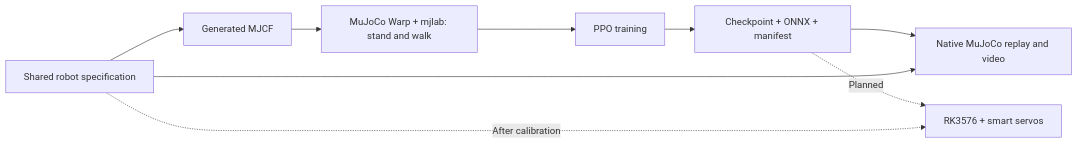
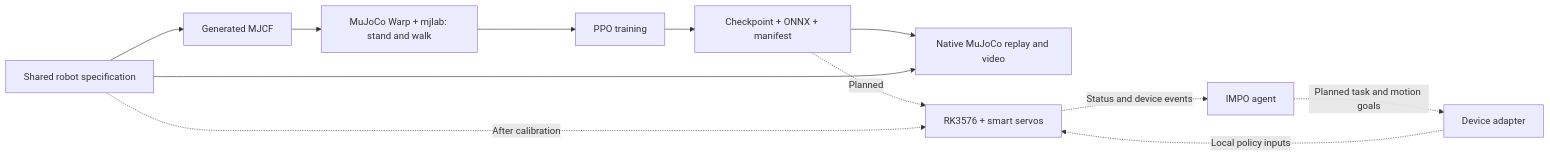
Before and after one commit to impoai/corgi-rl: the diagram in README.md, drawn with Mermaid. The commit also changed other lines of this file and 17 other files, not shown here.

Commit message:
Validate GPU smoke pipeline and document planned IMPO integration

````diff
--- a/README.md
+++ b/README.md
@@ -21,11 +38,14 @@
 ```mermaid
 flowchart LR
     S[Shared robot specification] --> M[Generated MJCF]
     M --> E[MuJoCo Warp + mjlab: stand and walk]
     E --> P[PPO training]
     P --> C[Checkpoint + ONNX + manifest]
     C --> V[Native MuJoCo replay and video]
     S --> V
     C -. Planned .-> H[RK3576 + smart servos]
     S -. After calibration .-> H
+    I[IMPO agent] -. Planned task and motion goals .-> A[Device adapter]
+    A -. Local policy inputs .-> H
+    H -. Status and device events .-> I
 ```
````
